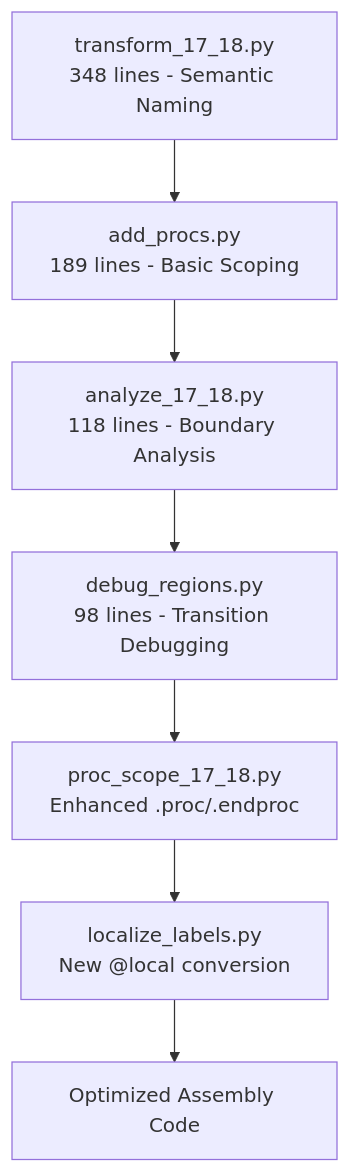
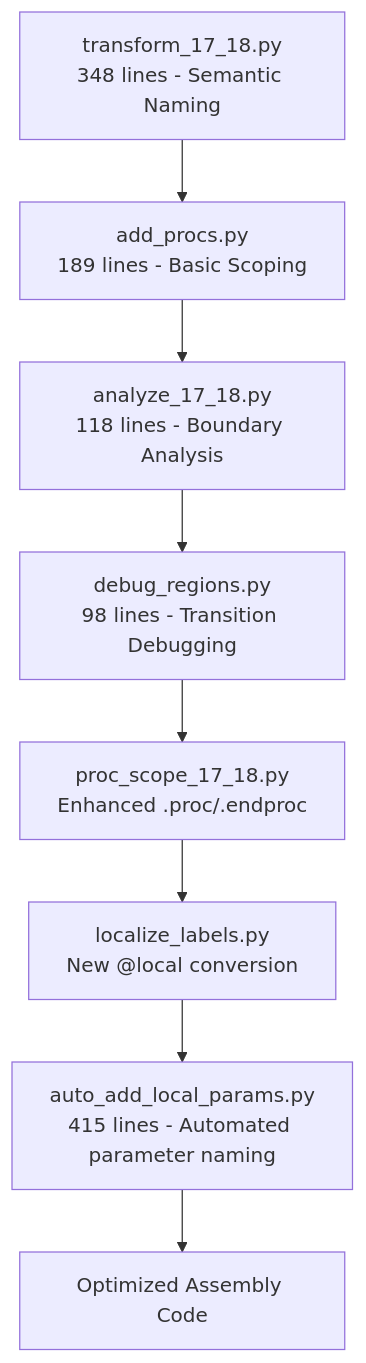
One commit to rabbyzero/sango2dasm changed diagram 11 of 13 in .qoder/repowiki/en/content/Build System and Tools/Build System and Tools.md. Above: the diagram before and after it, drawn with Mermaid. The commit also changed other lines of this file and 7 other files, not shown here.

````diff
--- a/.qoder/repowiki/en/content/Build System and Tools/Build System and Tools.md
+++ b/.qoder/repowiki/en/content/Build System and Tools/Build System and Tools.md
@@ -731,9 +742,10 @@
 ```mermaid
 flowchart TD
 Stage1["transform_17_18.py<br/>348 lines - Semantic Naming"] --> Stage2["add_procs.py<br/>189 lines - Basic Scoping"]
 Stage2 --> Stage3["analyze_17_18.py<br/>118 lines - Boundary Analysis"]
 Stage3 --> Stage4["debug_regions.py<br/>98 lines - Transition Debugging"]
 Stage4 --> Stage5["proc_scope_17_18.py<br/>Enhanced .proc/.endproc"]
 Stage5 --> Stage6["localize_labels.py<br/>New @local conversion"]
-Stage6 --> Output["Optimized Assembly Code"]
+Stage6 --> Stage7["auto_add_local_params.py<br/>415 lines - Automated parameter naming"]
+Stage7 --> Output["Optimized Assembly Code"]
 ```
````
